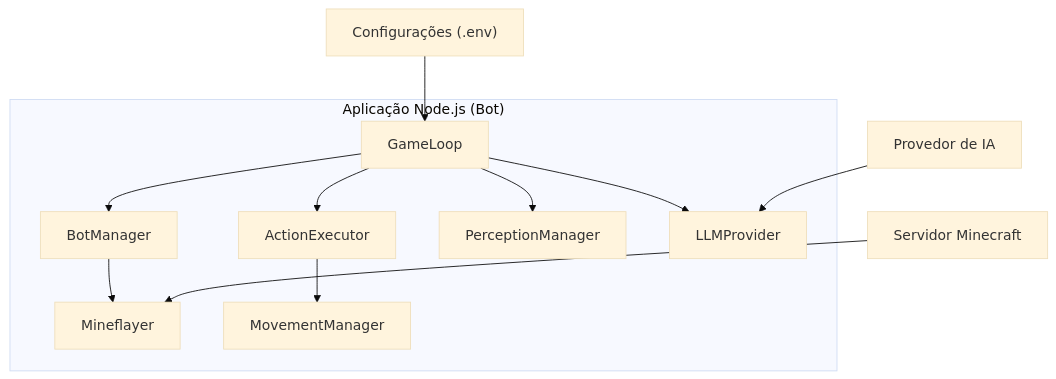
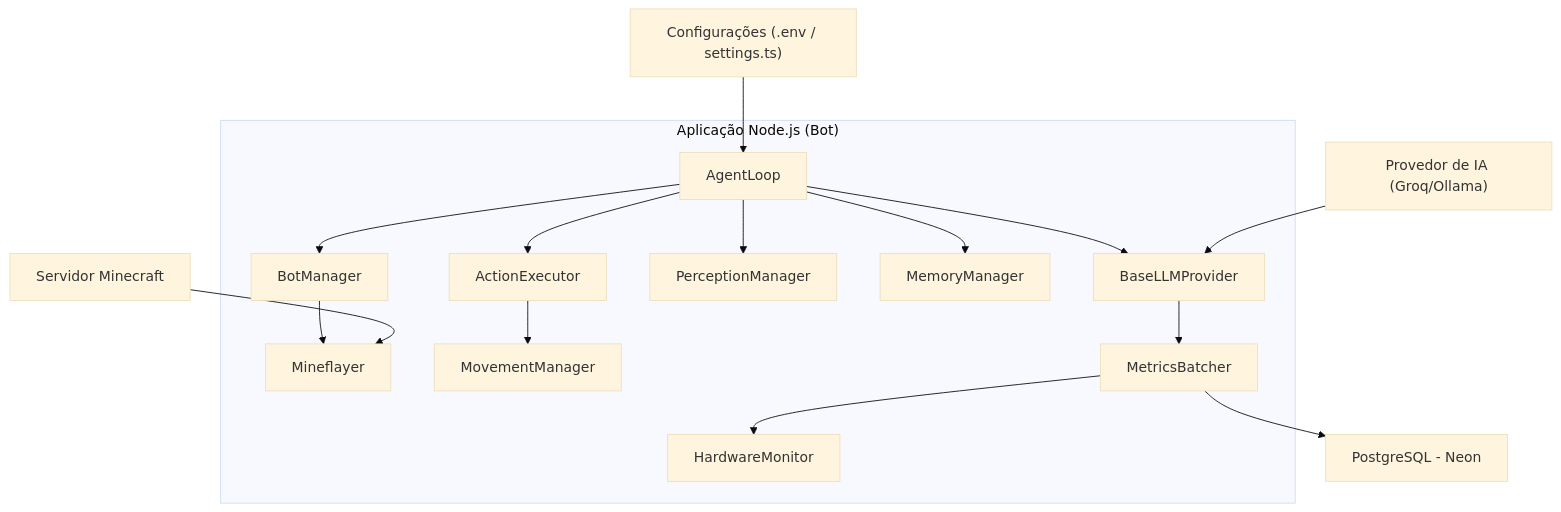
Before and after one commit to jvras58/minecraft-langchain-ts: the second of 4 diagrams in docs/Architecture.md, drawn with Mermaid (base theme). The commit also changed other lines of this file, not shown here.

Commit message:
refactor(Arquitetura): atualizar diagramas e descrever novos componentes do sistema

````diff
--- a/docs/Architecture.md
+++ b/docs/Architecture.md
@@ -27,14 +29,18 @@
 ```mermaid
 graph TD
     subgraph "Aplicação Node.js (Bot)"
-        F[GameLoop] --> G[BotManager]
-        F --> H[ActionExecutor]
-        F --> I[PerceptionManager]
-        F --> J[LLMProvider]
-        G --> K[Mineflayer]
-        H --> L[MovementManager]
+        A[AgentLoop] --> B[BotManager]
+        A --> C[ActionExecutor]
+        A --> D[PerceptionManager]
+        A --> E[MemoryManager]
+        A --> F[BaseLLMProvider]
+        B --> G[Mineflayer]
+        C --> H[MovementManager]
+        F --> I[MetricsBatcher]
+        I --> J[HardwareMonitor]
     end
-    M[Servidor Minecraft] --> K
-    N[Provedor de IA] --> J
-    O["Configurações (.env)"] --> F
+    K[Servidor Minecraft] --> G
+    L["Provedor de IA (Groq/Ollama)"] --> F
+    I --> M[PostgreSQL - Neon]
+    N["Configurações (.env / settings.ts)"] --> A
 ```
````
